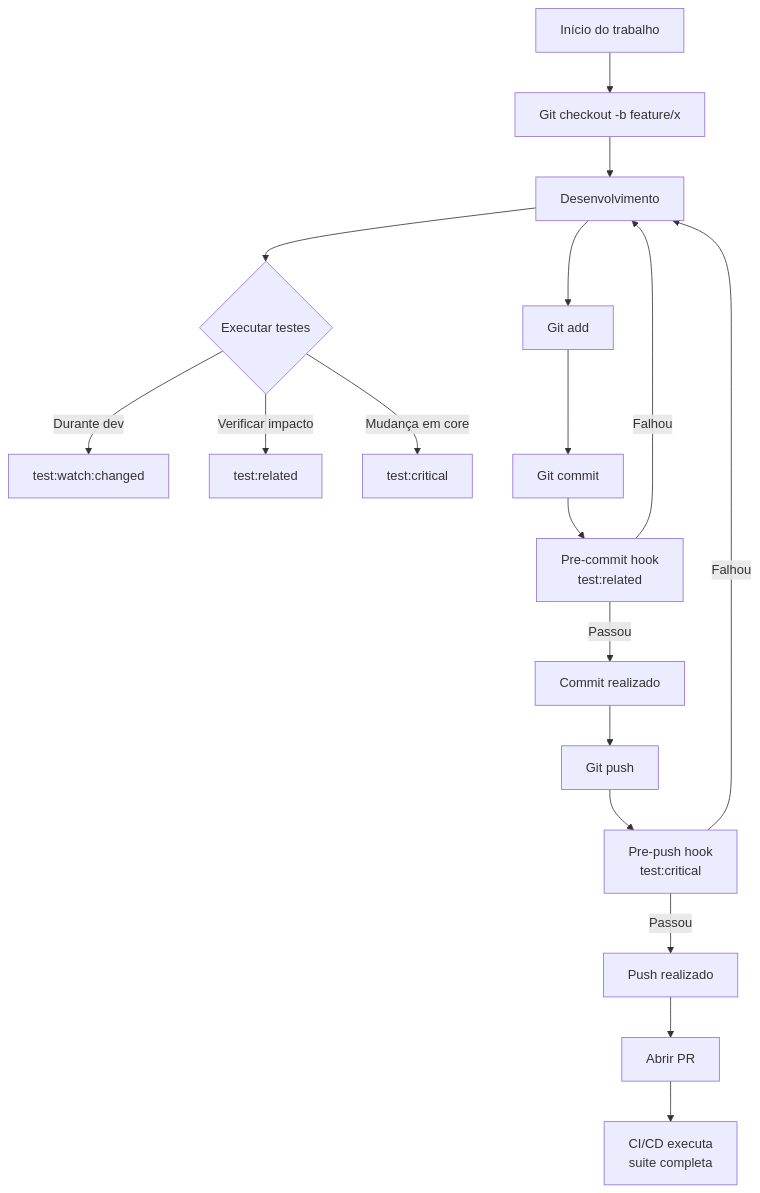
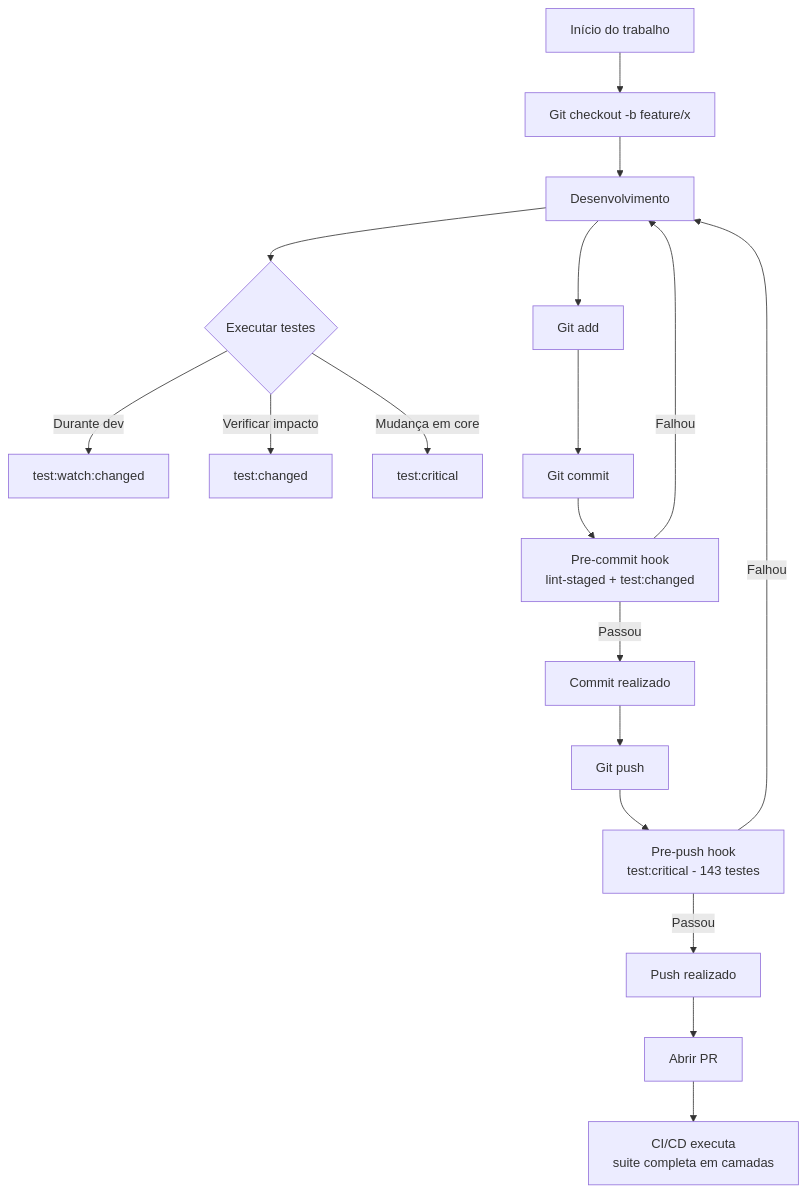
The fourth of 4 diagrams in docs/OTIMIZACAO_TESTES_ESTRATEGIA.md (coelhotv/dosiq), drawn with Mermaid before and after one commit. The commit also changed other lines of this file and 2 other files, not shown here.

````diff
--- a/docs/OTIMIZACAO_TESTES_ESTRATEGIA.md
+++ b/docs/OTIMIZACAO_TESTES_ESTRATEGIA.md
@@ -752,20 +631,20 @@
 ```mermaid
 flowchart TD
     A[Início do trabalho] --> B[Git checkout -b feature/x]
     B --> C[Desenvolvimento]
     C --> D{Executar testes}
     D -->|Durante dev| E[test:watch:changed]
-    D -->|Verificar impacto| F[test:related]
+    D -->|Verificar impacto| F[test:changed]
     D -->|Mudança em core| G[test:critical]
     C --> H[Git add]
     H --> I[Git commit]
-    I --> J[Pre-commit hook<br/>test:related]
+    I --> J[Pre-commit hook<br/>lint-staged + test:changed]
     J -->|Passou| K[Commit realizado]
     J -->|Falhou| C
     K --> L[Git push]
-    L --> M[Pre-push hook<br/>test:critical]
+    L --> M[Pre-push hook<br/>test:critical - 143 testes]
     M -->|Passou| N[Push realizado]
     M -->|Falhou| C
     N --> O[Abrir PR]
-    O --> P[CI/CD executa<br/>suite completa]
+    O --> P[CI/CD executa<br/>suite completa em camadas]
 ```
````
